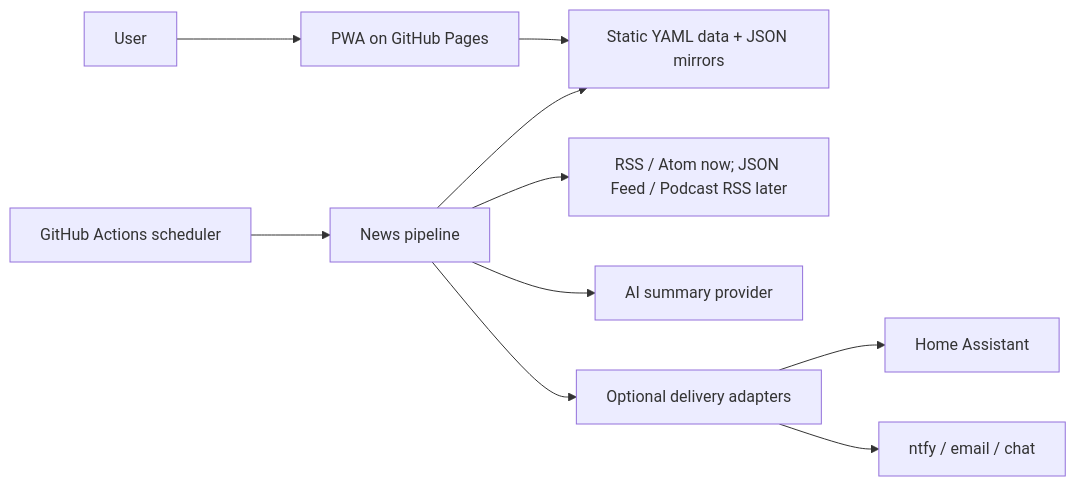
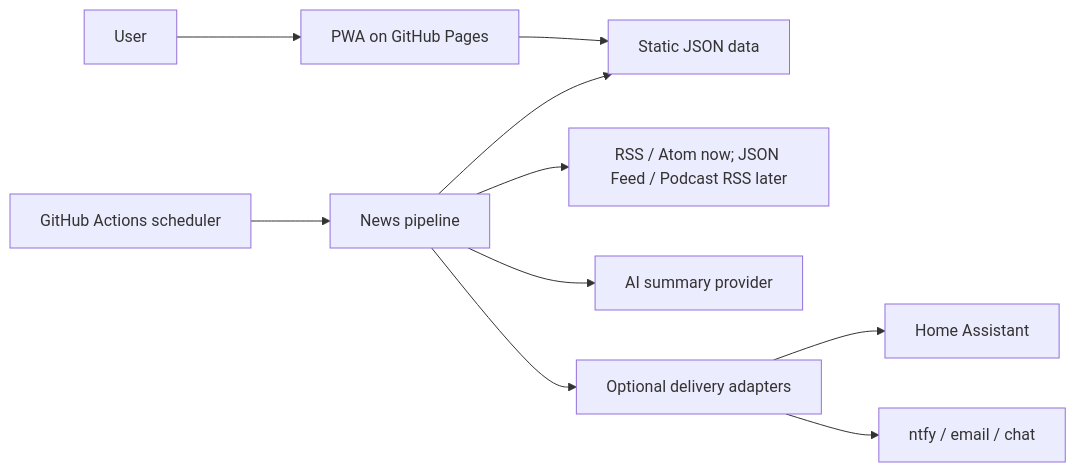
The first of 2 diagrams in docs/architecture.md (DevSecNinja/wazzup), drawn with Mermaid before and after one commit. The commit also changed other lines of this file and 23 other files, not shown here.

````diff
--- a/docs/architecture.md
+++ b/docs/architecture.md
@@ -25,12 +25,12 @@
 ```mermaid
 flowchart LR
     User[User] --> PWA[PWA on GitHub Pages]
-    PWA --> StaticData[Static YAML data + JSON mirrors]
+    PWA --> StaticData[Static JSON data]
     Actions[GitHub Actions scheduler] --> Pipeline[News pipeline]
     Pipeline --> Feeds[RSS / Atom now; JSON Feed / Podcast RSS later]
     Pipeline --> AI[AI summary provider]
     Pipeline --> StaticData
     Pipeline --> Delivery[Optional delivery adapters]
     Delivery --> HA[Home Assistant]
     Delivery --> Notify[ntfy / email / chat]
 ```
````
